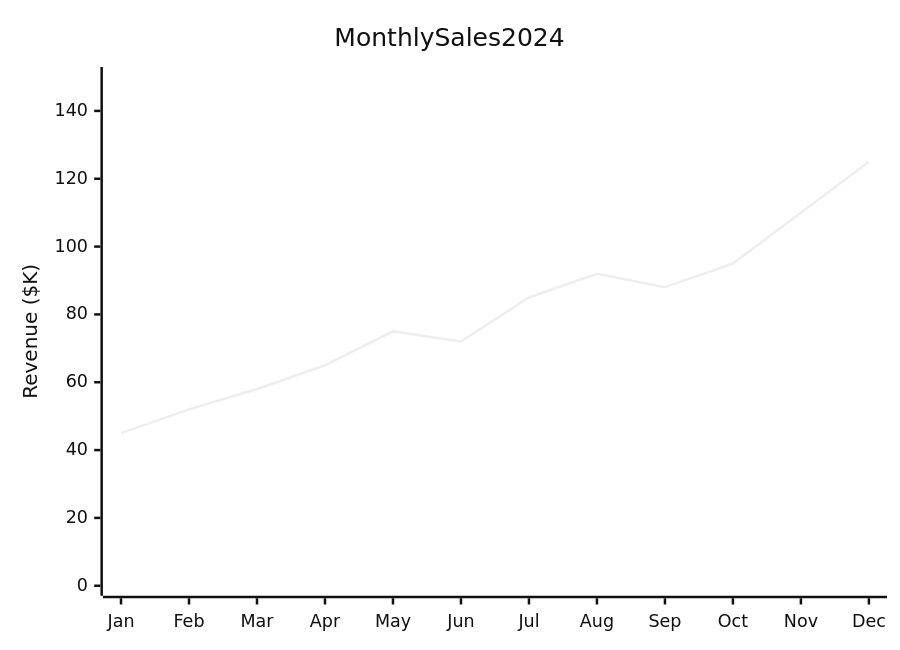
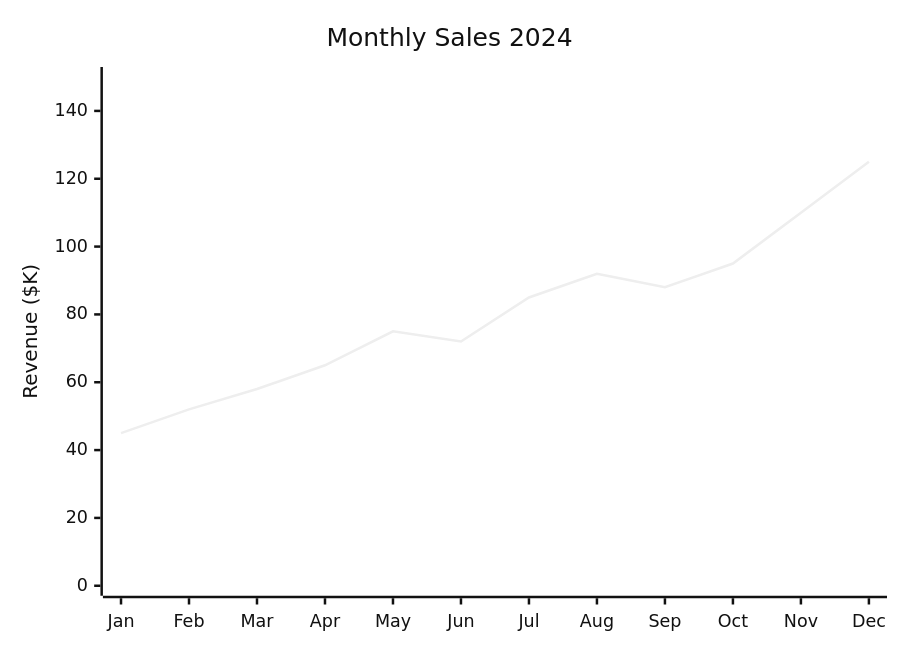
Diagram 11 of 23 in plugins/obsidian-blocks/skills/mermaid-diagramming/xychart.md (BitYoungjae/marketplace), drawn with Mermaid (neutral theme) before and after one commit. The commit also changed other lines of this file and 14 other files, not shown here.

First line of the commit message:
feat(obsidian-blocks): add Session 3 Mermaid diagrams

````diff
--- a/plugins/obsidian-blocks/skills/mermaid-diagramming/xychart.md
+++ b/plugins/obsidian-blocks/skills/mermaid-diagramming/xychart.md
@@ -157,7 +161,7 @@
 ```mermaid
 xychart-beta
-    title Monthly Sales 2024
+    title "Monthly Sales 2024"
     x-axis [Jan, Feb, Mar, Apr, May, Jun, Jul, Aug, Sep, Oct, Nov, Dec]
     y-axis "Revenue ($K)" 0 --> 150
     line [45, 52, 58, 65, 75, 72, 85, 92, 88, 95, 110, 125]
 ```
````
